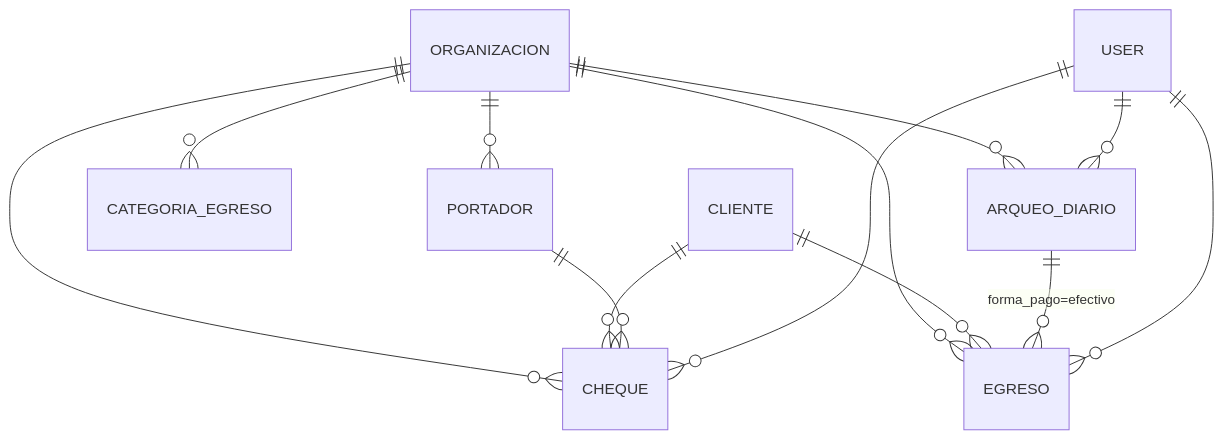
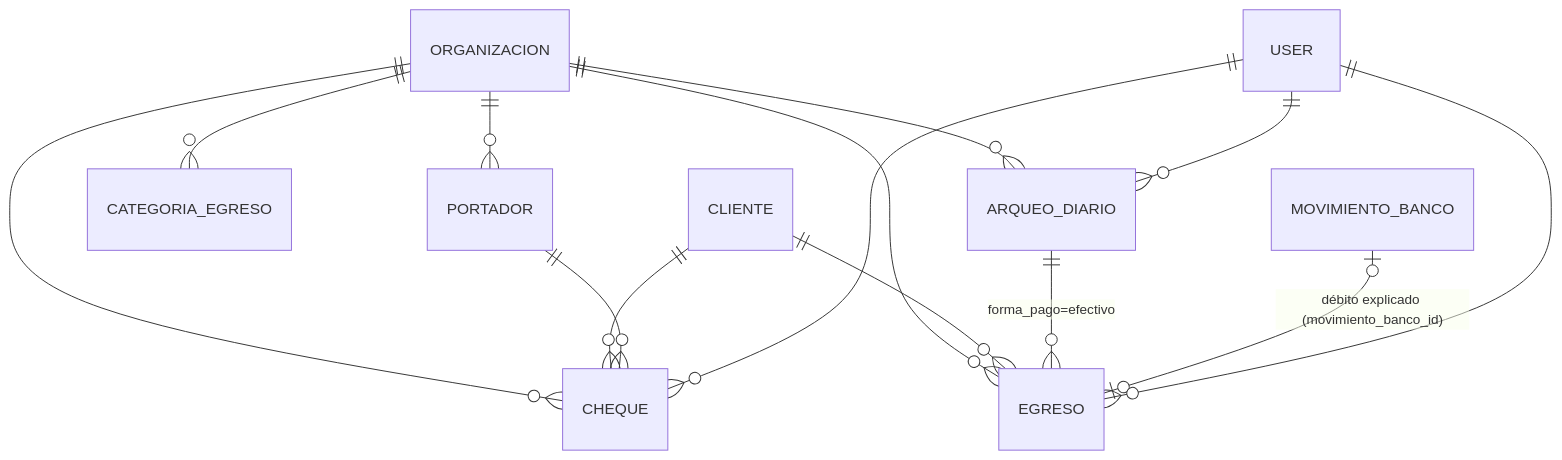
The second of 5 diagrams in docs/architecture/DOMAIN_MODEL.md (julietaarrazate/conciliacion-bancaria), drawn with Mermaid before and after one commit. The commit also changed other lines of this file and 12 other files, not shown here.

````diff
--- a/docs/architecture/DOMAIN_MODEL.md
+++ b/docs/architecture/DOMAIN_MODEL.md
@@ -109,15 +109,16 @@
 ```mermaid
 erDiagram
     ORGANIZACION ||--o{ CHEQUE : ""
     ORGANIZACION ||--o{ PORTADOR : ""
     ORGANIZACION ||--o{ EGRESO : ""
     ORGANIZACION ||--o{ CATEGORIA_EGRESO : ""
     ORGANIZACION ||--o{ ARQUEO_DIARIO : ""
     CLIENTE ||--o{ CHEQUE : ""
     PORTADOR ||--o{ CHEQUE : ""
     CLIENTE ||--o{ EGRESO : ""
     ARQUEO_DIARIO ||--o{ EGRESO : "forma_pago=efectivo"
+    MOVIMIENTO_BANCO |o--o| EGRESO : "débito explicado (movimiento_banco_id)"
     USER ||--o{ CHEQUE : ""
     USER ||--o{ EGRESO : ""
     USER ||--o{ ARQUEO_DIARIO : ""
 ```
````
